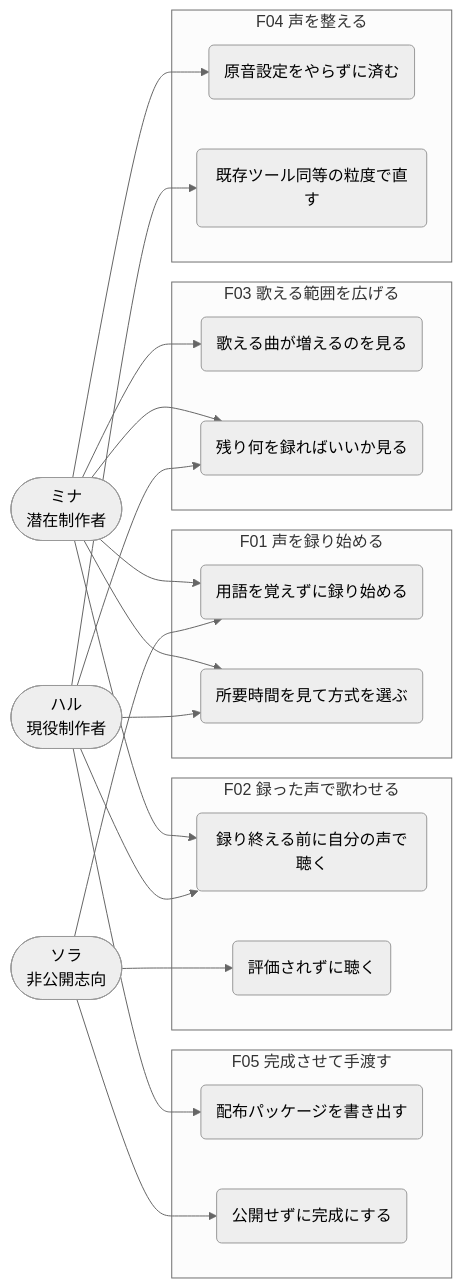
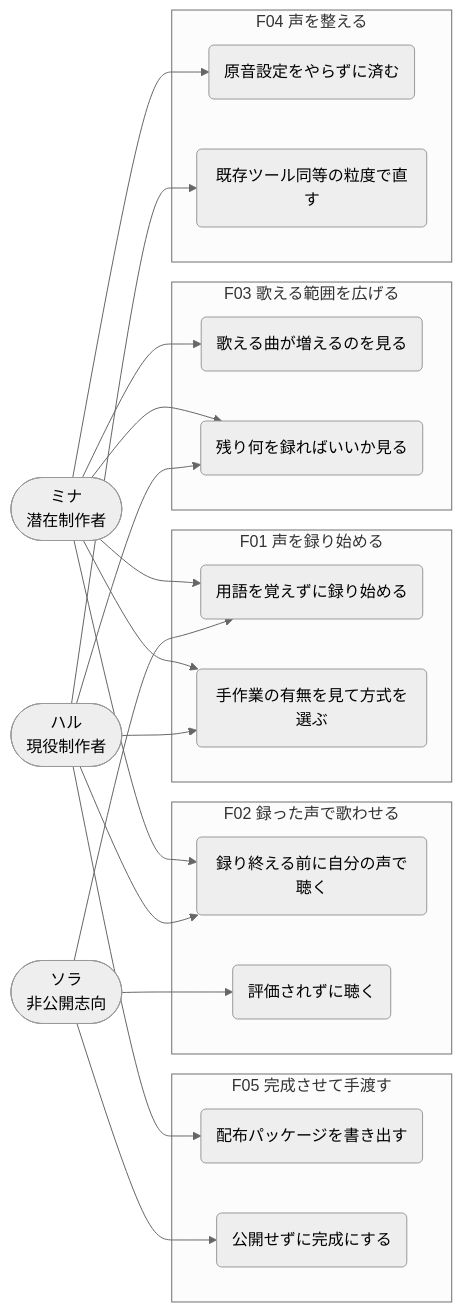
Before and after one commit to dino3616/koeru: the first of 6 diagrams in docs/usecase-map.md, drawn with Mermaid (neutral theme). The commit also changed other lines of this file and 4 other files, not shown here.

````diff
--- a/docs/usecase-map.md
+++ b/docs/usecase-map.md
@@ -60,44 +60,44 @@
 ```mermaid
 flowchart LR
   mina(["ミナ<br/>潜在制作者"])
   haru(["ハル<br/>現役制作者"])
   sora(["ソラ<br/>非公開志向"])
 
   subgraph F01["F01 声を録り始める"]
     uc101("用語を覚えずに録り始める")
-    uc103("所要時間を見て方式を選ぶ")
+    uc103("手作業の有無を見て方式を選ぶ")
   end
   subgraph F02["F02 録った声で歌わせる"]
     uc201("録り終える前に自分の声で聴く")
     uc203("評価されずに聴く")
   end
   subgraph F03["F03 歌える範囲を広げる"]
     uc301("歌える曲が増えるのを見る")
     uc303("残り何を録ればいいか見る")
   end
   subgraph F04["F04 声を整える"]
     uc401("原音設定をやらずに済む")
     uc403("既存ツール同等の粒度で直す")
   end
   subgraph F05["F05 完成させて手渡す"]
     uc501("配布パッケージを書き出す")
     uc503("公開せずに完成にする")
   end
 
   mina --> uc101
   mina --> uc103
   mina --> uc201
   mina --> uc301
   mina --> uc303
   mina --> uc401
 
   haru --> uc103
   haru --> uc201
   haru --> uc303
   haru --> uc403
   haru --> uc501
 
   sora --> uc101
   sora --> uc203
   sora --> uc503
 ```
````
